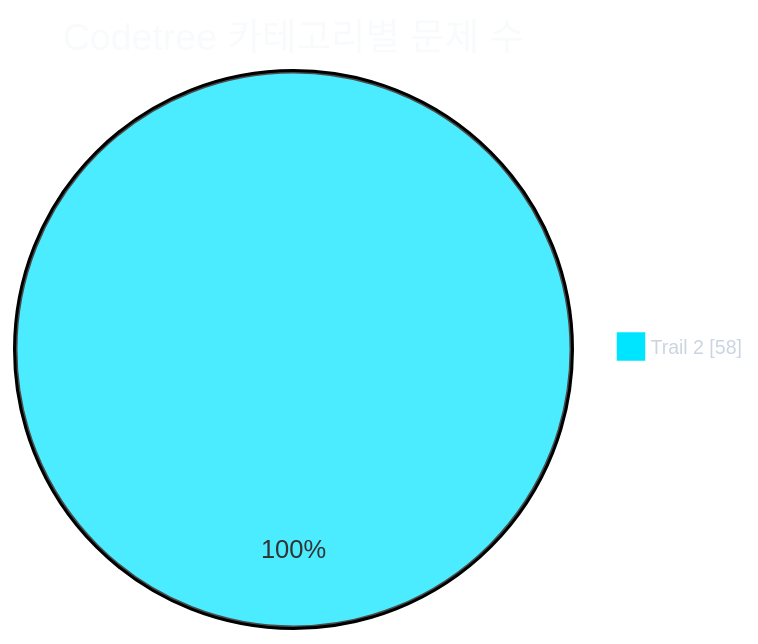
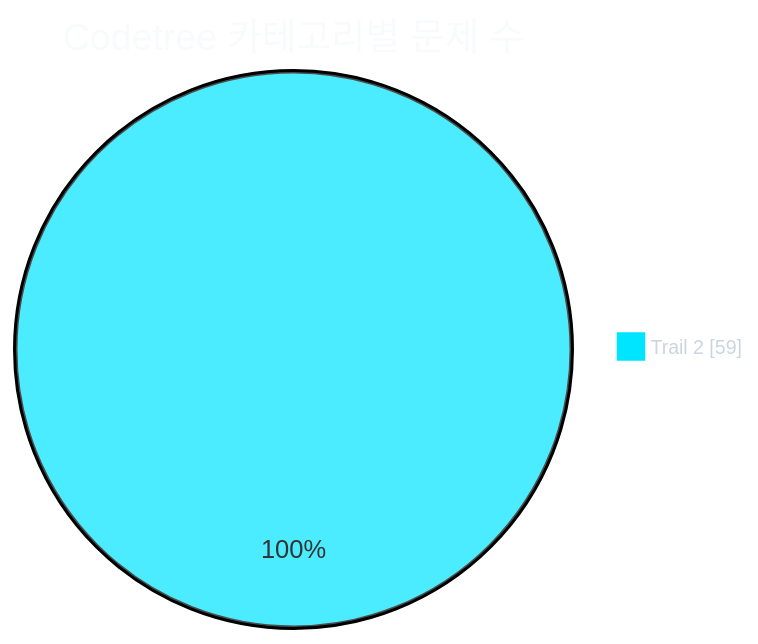
Before and after one commit to CHOOSLA/Algorithm: the first of 2 diagrams in readme.md, drawn with Mermaid. The commit also changed other lines of this file and 2 other files, not shown here.

````diff
--- a/readme.md
+++ b/readme.md
@@ -31,21 +31,21 @@
 ```mermaid
 ---
 config:
   theme: base
   themeVariables:
     background: '#0d1117'
     pieTitleTextColor: '#f8fafc'
     pieLegendTextColor: '#cbd5e1'
     pieLegendTextSize: '13px'
     pie1: '#00e5ff'
     pie2: '#22c55e'
     pie3: '#f59e0b'
     pie4: '#a855f7'
     pie5: '#ec4899'
     pie6: '#3b82f6'
     pie7: '#64748b'
 ---
 pie showData
   title Codetree 카테고리별 문제 수
-  "Trail 2" : 58
+  "Trail 2" : 59
 ```
````
